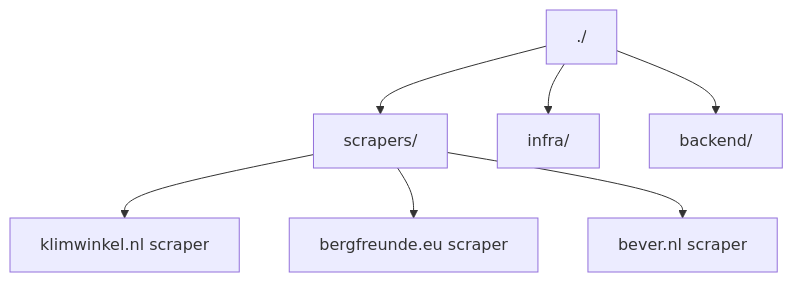
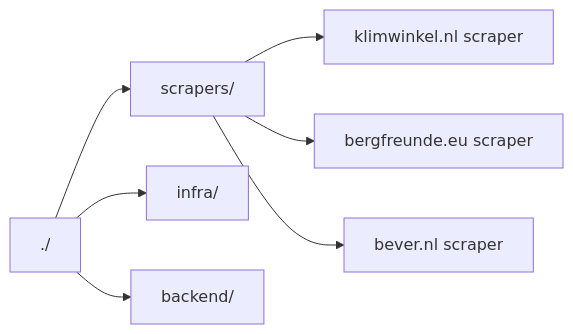
One commit to cvanh/camscraper changed the second of 2 diagrams in readme.md. Above: the diagram before and after it, drawn with Mermaid.

Commit message:
fixed flowchart in readme

````diff
--- a/readme.md
+++ b/readme.md
@@ -41,26 +41,26 @@
 ```mermaid
 ---
 Title: folder setup
 ---
 
-flowchart 
+flowchart LR 
     root[./]
 
     scrapers[scrapers/]
     klimwinkel_scraper[klimwinkel.nl scraper]
     bergfreunde_scraper[bergfreunde.eu scraper]
     bever_scraper[bever.nl scraper]
 
     infra[infra/]
 
     backend[backend/]
 
     root --> scrapers
     scrapers --> klimwinkel_scraper
     scrapers --> bergfreunde_scraper
     scrapers --> bever_scraper
 
     root --> infra
 
     root --> backend
 ```
````
